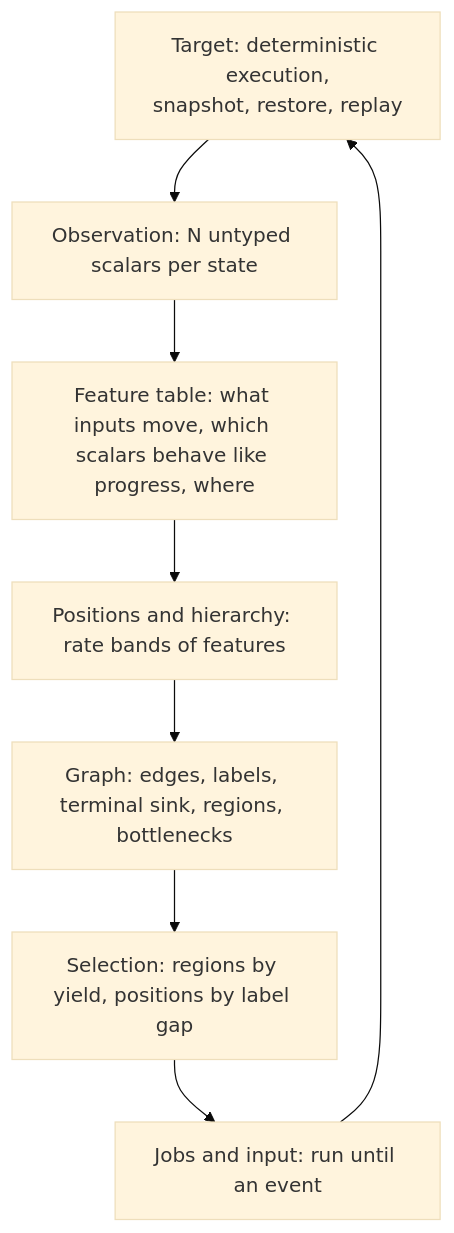
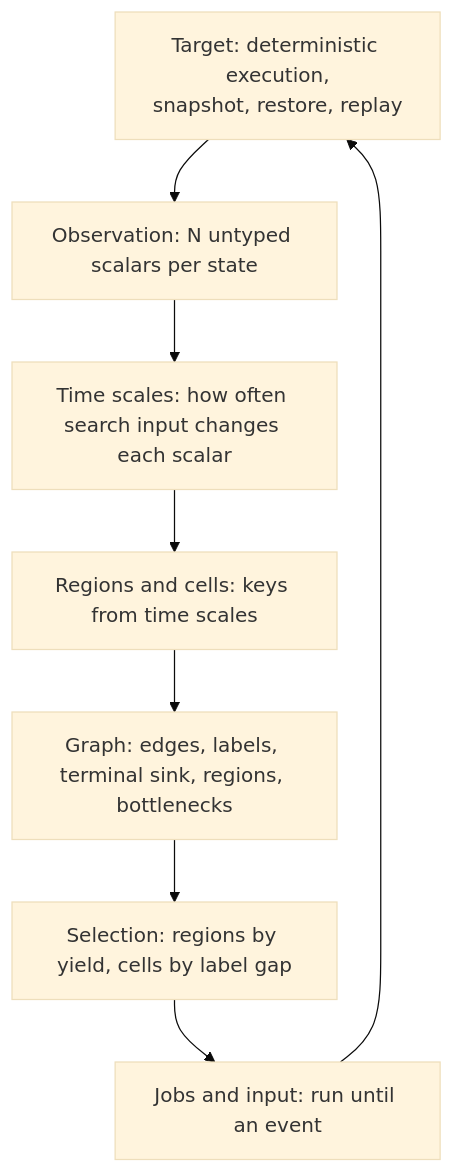
Before and after one commit to pH14/harmony: the first of 3 diagrams in DISSONANCE-V3-DESIGN.md, drawn with Mermaid (base theme). The commit also changed other lines of this file, not shown here.

````diff
--- a/DISSONANCE-V3-DESIGN.md
+++ b/DISSONANCE-V3-DESIGN.md
@@ -16,11 +16,11 @@
 ```mermaid
 flowchart TB
     T[Target: deterministic execution,<br/>snapshot, restore, replay]
     O[Observation: N untyped scalars per state]
-    F[Feature table: what inputs move, which scalars behave like progress, where]
-    P[Positions and hierarchy: rate bands of features]
+    L[Time scales: how often search input changes each scalar]
+    C[Regions and cells: keys from time scales]
     G[Graph: edges, labels, terminal sink, regions, bottlenecks]
-    S[Selection: regions by yield, positions by label gap]
+    S[Selection: regions by yield, cells by label gap]
     J[Jobs and input: run until an event]
-    T --> O --> F --> P --> G --> S --> J --> T
+    T --> O --> L --> C --> G --> S --> J --> T
 ```
````
